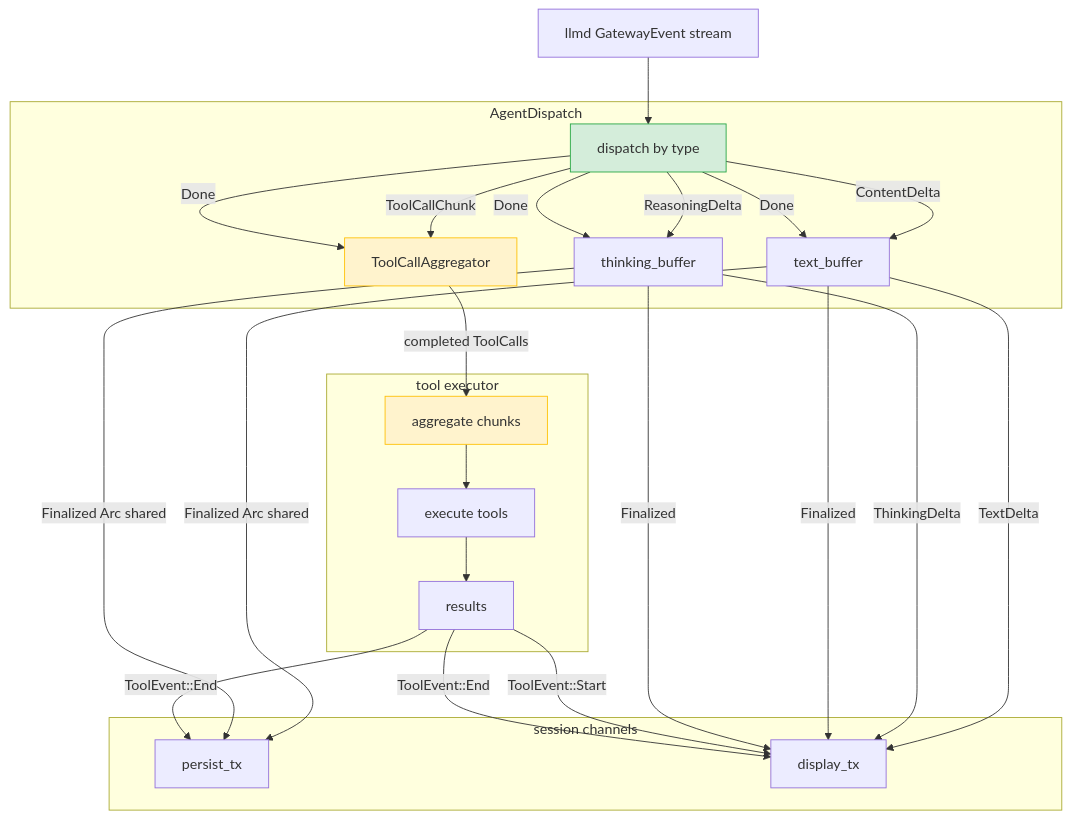
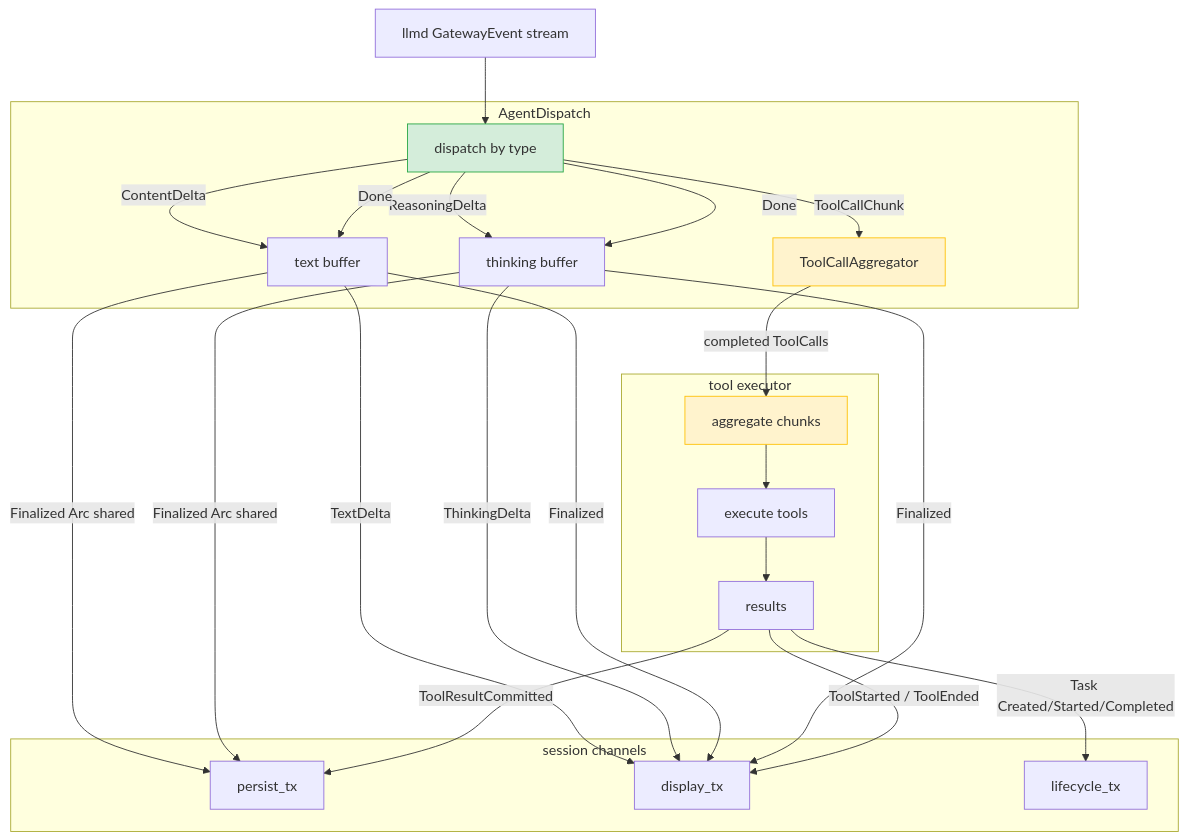
The diagram in docs/dispatcher-framework.md (biuld/piko), drawn with Mermaid before and after one commit. The commit also changed other lines of this file and 32 other files, not shown here.

````diff
--- a/docs/dispatcher-framework.md
+++ b/docs/dispatcher-framework.md
@@ -107,48 +141,47 @@
 ```mermaid
 graph TD
   LLMD[llmd GatewayEvent stream]
 
   subgraph DISP[AgentDispatch]
     ROUTE[dispatch by type]
     TC_BUFFER[ToolCallAggregator]
-    TEXT_BUF[text_buffer]
-    THINK_BUF[thinking_buffer]
+    TEXT_BUF[text buffer]
+    THINK_BUF[thinking buffer]
   end
 
   subgraph CHANNELS[session channels]
     PERSIST_TX[persist_tx]
     DISPLAY_TX[display_tx]
+    LIFECYCLE_TX[lifecycle_tx]
   end
 
   subgraph EXEC[tool executor]
     EXEC_AGG[aggregate chunks]
     EXEC_RUN[execute tools]
     EXEC_RESULT[results]
   end
 
   LLMD --> ROUTE
 
   ROUTE -->|ContentDelta| TEXT_BUF
   TEXT_BUF -->|TextDelta| DISPLAY_TX
 
   ROUTE -->|ReasoningDelta| THINK_BUF
   THINK_BUF -->|ThinkingDelta| DISPLAY_TX
 
   ROUTE -->|ToolCallChunk| TC_BUFFER
-  ROUTE -->|Done| TEXT_BUF
-  ROUTE -->|Done| THINK_BUF
+  ROUTE -->|Done| TEXT_BUF & THINK_BUF
   TEXT_BUF & THINK_BUF -->|Finalized Arc shared| PERSIST_TX
   TEXT_BUF & THINK_BUF -->|Finalized| DISPLAY_TX
-  ROUTE -->|Done| TC_BUFFER
   TC_BUFFER -->|completed ToolCalls| EXEC_AGG
 
   EXEC_AGG --> EXEC_RUN
   EXEC_RUN --> EXEC_RESULT
-  EXEC_RESULT -->|ToolEvent::Start| DISPLAY_TX
-  EXEC_RESULT -->|ToolEvent::End| DISPLAY_TX
-  EXEC_RESULT -->|ToolEvent::End| PERSIST_TX
+  EXEC_RESULT -->|ToolStarted / ToolEnded| DISPLAY_TX
+  EXEC_RESULT -->|ToolResultCommitted| PERSIST_TX
+  EXEC_RESULT -->|Task Created/Started/Completed| LIFECYCLE_TX
 
   style ROUTE fill:#d4edda,stroke:#28a745
   style TC_BUFFER fill:#fff3cd,stroke:#ffc107
   style EXEC_AGG fill:#fff3cd,stroke:#ffc107
 ```
````
